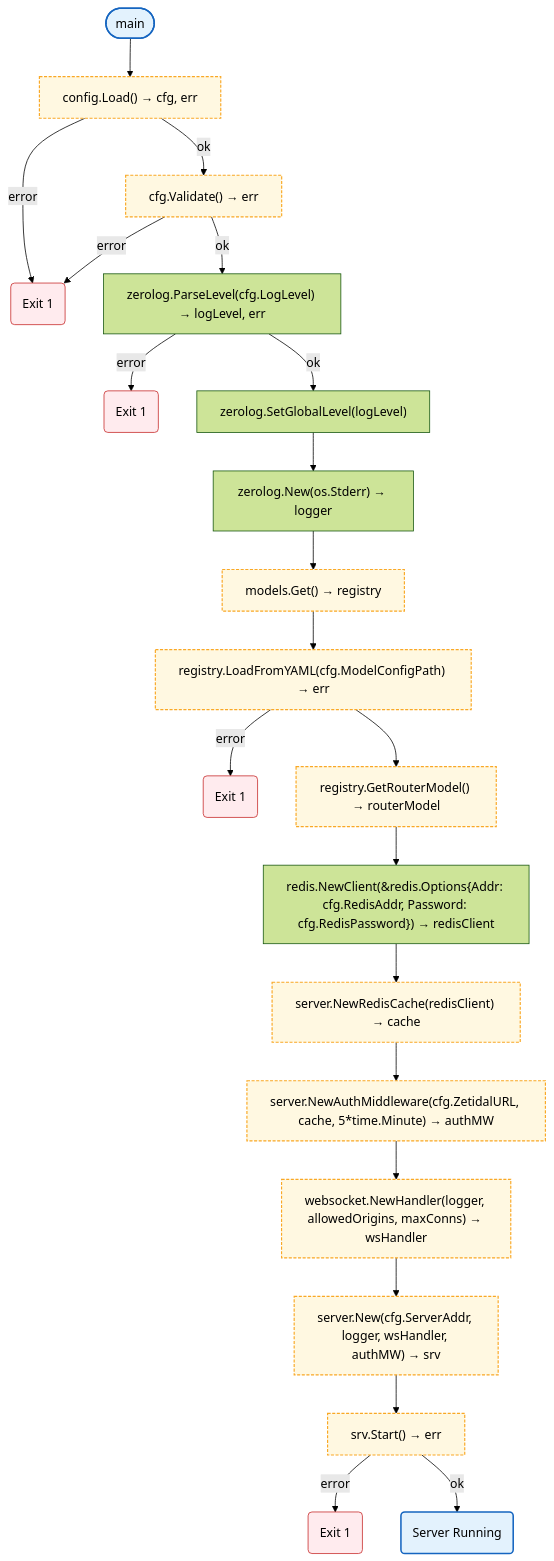
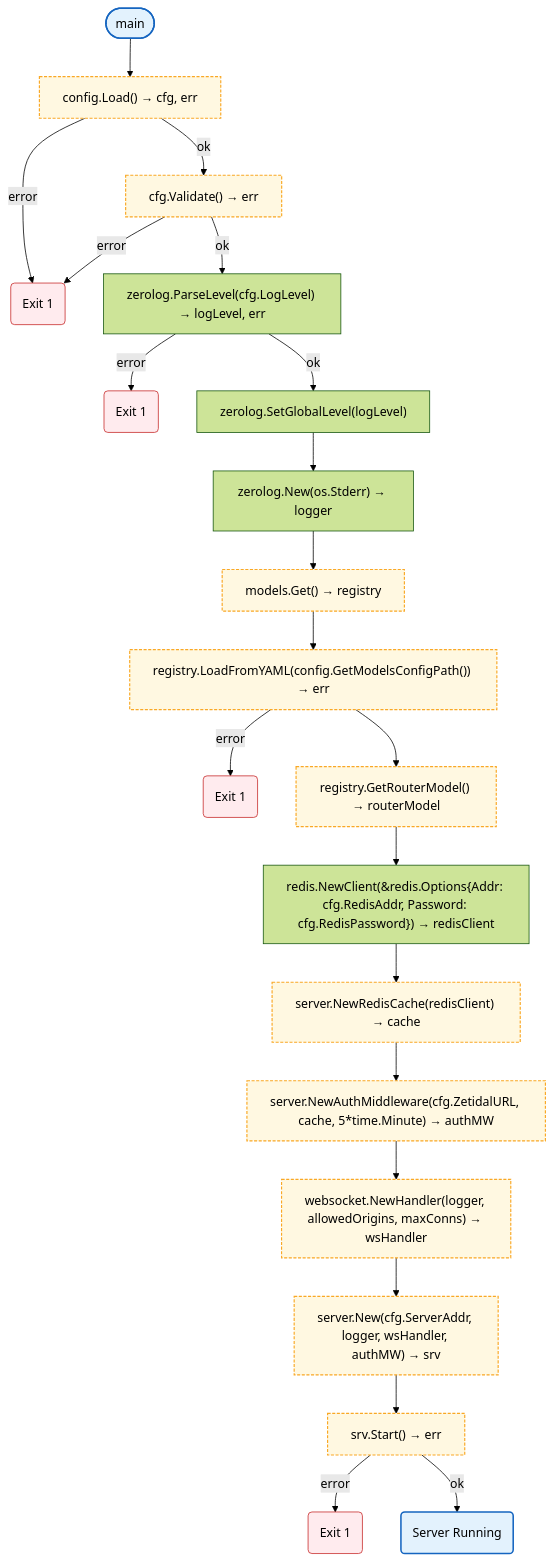
One commit to radch-ai/ava changed the diagram in docs/cmd/gateway.md. Above: the diagram before and after it, drawn with Mermaid (forest theme). The commit also changed other lines of this file and 2 other files, not shown here.

Commit message:
docs: remove outdated GATEWAY_MODEL_CONFIG references
Update documentation to reflect current implementation:

**Changes:**
- Remove ModelConfigPath from Config struct table in docs/config/README.md
- Remove GetModelCfg from Load mermaid diagram
- Add GATEWAY_LLM_PROXY_MODELS to Environment Variables table
- Remove GATEWAY_MODEL_CONFIG from Environment Variables table
- Update cmd/gateway.md to use config.GetModelsConfigPath()
- Remove Environment Variables section from docs/config/models.md

**Rationale:**
- Gateway uses GATEWAY_LLM_PROXY_MODELS env var (12-factor app pattern)
- Projects provide own llm-proxy-models.yaml at root
- Old GATEWAY_MODEL_CONFIG approach is no longer used

````diff
--- a/docs/cmd/gateway.md
+++ b/docs/cmd/gateway.md
@@ -7,41 +7,41 @@
 ```mermaid
 flowchart TB
     Start([main]) --> LoadCfg["config.Load() → cfg, err"]
     LoadCfg -->|error| Exit1("Exit 1")
     LoadCfg -->|ok| ValidateCfg["cfg.Validate() → err"]
     ValidateCfg -->|error| Exit1
     ValidateCfg -->|ok| ParseLevel["zerolog.ParseLevel(cfg.LogLevel) → logLevel, err"]
     ParseLevel -->|error| Exit2("Exit 1")
     ParseLevel -->|ok| SetLevel["zerolog.SetGlobalLevel(logLevel)"]
     SetLevel --> CreateLogger["zerolog.New(os.Stderr) → logger"]
-    CreateLogger --> GetRegistry["models.Get() → registry"]
-    GetRegistry --> LoadModels["registry.LoadFromYAML(cfg.ModelConfigPath) → err"]
+     CreateLogger --> GetRegistry["models.Get() → registry"]
+     GetRegistry --> LoadModels["registry.LoadFromYAML(config.GetModelsConfigPath()) → err"]
     LoadModels -->|error| ExitModel("Exit 1")
     LoadModels --> GetRouter["registry.GetRouterModel() → routerModel"]
     GetRouter --> InitRedis["redis.NewClient(&redis.Options{Addr: cfg.RedisAddr, Password: cfg.RedisPassword}) → redisClient"]
     InitRedis --> CreateCache["server.NewRedisCache(redisClient) → cache"]
     CreateCache --> CreateAuthMW["server.NewAuthMiddleware(cfg.ZetidalURL, cache, 5*time.Minute) → authMW"]
     CreateAuthMW --> CreateWS["websocket.NewHandler(logger, allowedOrigins, maxConns) → wsHandler"]
     CreateWS --> CreateServer["server.New(cfg.ServerAddr, logger, wsHandler, authMW) → srv"]
     CreateServer --> StartServer["srv.Start() → err"]
     StartServer -->|error| Exit3("Exit 1")
     StartServer -->|ok| Running("Server Running")
 
     click LoadCfg href "../config/README.md"
     click ValidateCfg href "../config/README.md"
-    click GetRegistry href "../internal/llm-proxy/models.md"
-    click LoadModels href "../internal/llm-proxy/models.md"
-    click GetRouter href "../internal/llm-proxy/models.md"
+    click GetRegistry href "https://github.com/nevaria-ai/llm-proxy-sdk"
+    click LoadModels href "https://github.com/nevaria-ai/llm-proxy-sdk"
+    click GetRouter href "https://github.com/nevaria-ai/llm-proxy-sdk"
     click CreateCache href "../internal/server/README.md"
     click CreateAuthMW href "../internal/server/README.md"
     click CreateWS href "../internal/websocket.md"
     click CreateServer href "../internal/server/README.md"
 
     classDef mainFn fill:#e3f2fd,stroke:#1565c0,stroke-width:2px
     classDef localPkgs fill:#fff8e1,stroke:#f9a825,stroke-width:1.5px,stroke-dasharray:4 2
     classDef errorFlow fill:#ffebee,stroke:#c62828,stroke-width:1px
 
     class Start,Running mainFn
     class Exit1,Exit2,Exit3,ExitModel errorFlow
     class LoadCfg,ValidateCfg,GetRegistry,LoadModels,GetRouter,CreateCache,CreateAuthMW,CreateWS,CreateServer,StartServer localPkgs
 ```
````
